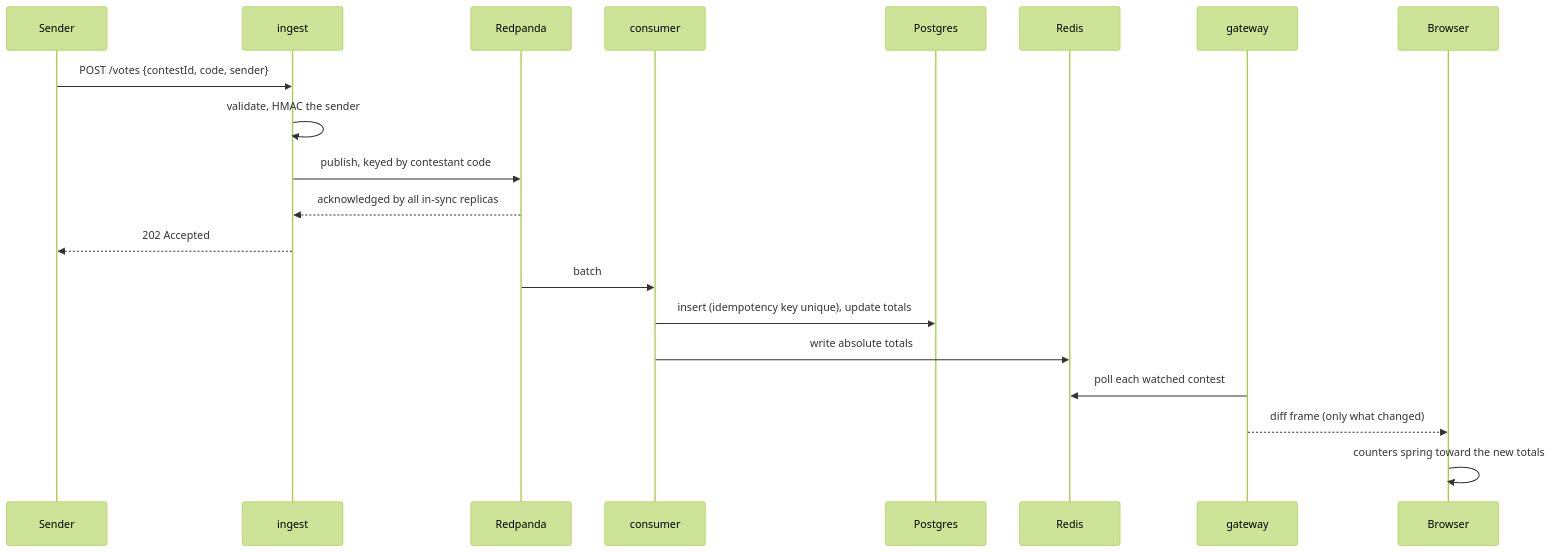
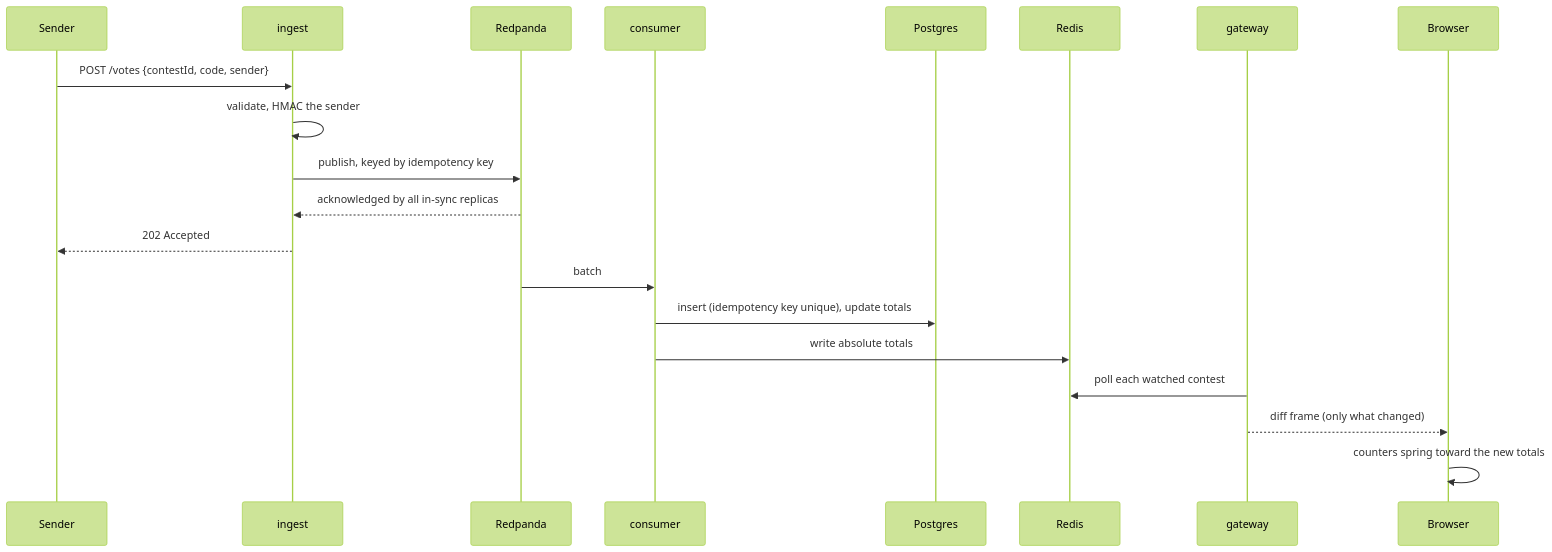
The second of 2 diagrams in README.md (kalebWond/tally), drawn with Mermaid (forest theme) before and after one commit. The commit also changed other lines of this file and 10 other files, not shown here.

````diff
--- a/README.md
+++ b/README.md
@@ -43,22 +43,22 @@
 ```mermaid
 sequenceDiagram
   participant S as Sender
   participant I as ingest
   participant Q as Redpanda
   participant C as consumer
   participant P as Postgres
   participant R as Redis
   participant G as gateway
   participant B as Browser
   S->>I: POST /votes {contestId, code, sender}
   I->>I: validate, HMAC the sender
-  I->>Q: publish, keyed by contestant code
+  I->>Q: publish, keyed by idempotency key
   Q-->>I: acknowledged by all in-sync replicas
   I-->>S: 202 Accepted
   Q->>C: batch
   C->>P: insert (idempotency key unique), update totals
   C->>R: write absolute totals
   G->>R: poll each watched contest
   G-->>B: diff frame (only what changed)
   B->>B: counters spring toward the new totals
 ```
````
